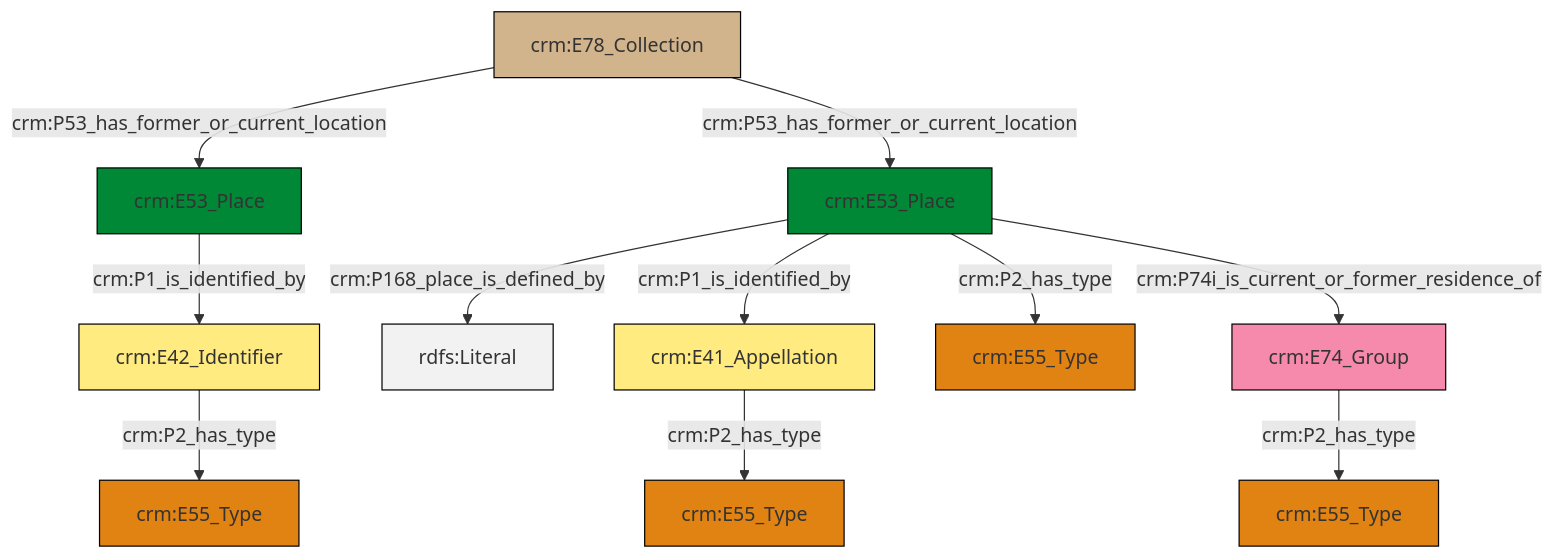
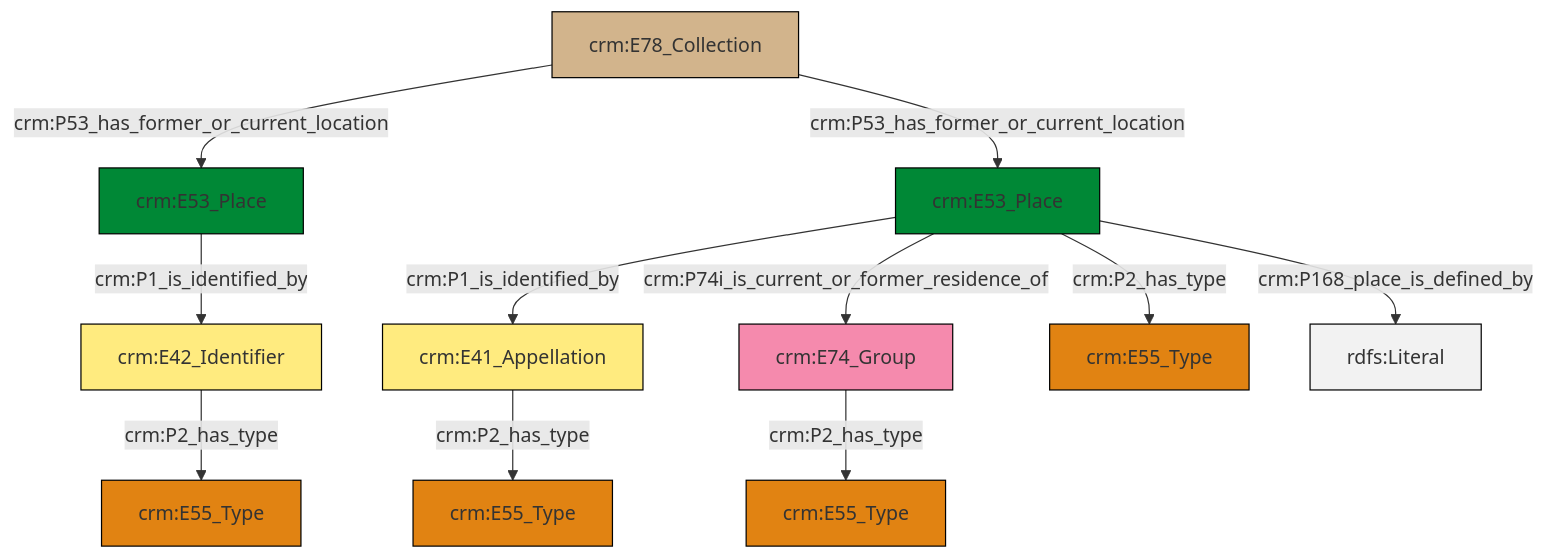
One commit to swiss-art-research-net/docs.swissartresearch changed the diagram in et/archivalCSV/ttl/mmd/archival_location.ttl.mmd. Above: the diagram before and after it, drawn with Mermaid. The commit also changed 180 other files, not shown here.

```diff
--- a/et/archivalCSV/ttl/mmd/archival_location.ttl.mmd
+++ b/et/archivalCSV/ttl/mmd/archival_location.ttl.mmd
@@ -1,25 +1,25 @@
 graph TD
 classDef Literal fill:#f2f2f2,stroke:#000000;
 classDef CRM_Entity fill:#FFFFFF,stroke:#000000;
 classDef Temporal_Entity fill:#00C9E6, stroke:#000000;
 classDef Type fill:#E18312, stroke:#000000;
 classDef Time-Span fill:#2C9C91, stroke:#000000;
 classDef Appellation fill:#FFEB7F, stroke:#000000;
 classDef Place fill:#008836, stroke:#000000;
 classDef Persistent_Item fill:#B266B2, stroke:#000000;
 classDef Conceptual_Object fill:#FFD700, stroke:#000000;
 classDef Physical_Thing fill:#D2B48C, stroke:#000000;
 classDef Actor fill:#f58aad, stroke:#000000;
 classDef PC_Classes fill:#4ce600, stroke:#000000;
 classDef Multi fill:#cccccc,stroke:#000000;
 
-0["crm:E78_Collection"]:::Physical_Thing -->|crm:P53_has_former_or_current_location| 1["crm:E53_Place"]:::Place
-2["crm:E53_Place"]:::Place -->|crm:P168_place_is_defined_by| 3[rdfs:Literal]:::Literal
-2["crm:E53_Place"]:::Place -->|crm:P1_is_identified_by| 5["crm:E41_Appellation"]:::Appellation
-17["crm:E42_Identifier"]:::Appellation -->|crm:P2_has_type| 11["crm:E55_Type"]:::Type
-5["crm:E41_Appellation"]:::Appellation -->|crm:P2_has_type| 7["crm:E55_Type"]:::Type
-19["crm:E74_Group"]:::Actor -->|crm:P2_has_type| 9["crm:E55_Type"]:::Type
-0["crm:E78_Collection"]:::Physical_Thing -->|crm:P53_has_former_or_current_location| 2["crm:E53_Place"]:::Place
-2["crm:E53_Place"]:::Place -->|crm:P2_has_type| 15["crm:E55_Type"]:::Type
-1["crm:E53_Place"]:::Place -->|crm:P1_is_identified_by| 17["crm:E42_Identifier"]:::Appellation
-2["crm:E53_Place"]:::Place -->|crm:P74i_is_current_or_former_residence_of| 19["crm:E74_Group"]:::Actor
+2["crm:E78_Collection"]:::Physical_Thing -->|crm:P53_has_former_or_current_location| 3["crm:E53_Place"]:::Place
+3["crm:E53_Place"]:::Place -->|crm:P1_is_identified_by| 6["crm:E42_Identifier"]:::Appellation
+7["crm:E74_Group"]:::Actor -->|crm:P2_has_type| 10["crm:E55_Type"]:::Type
+0["crm:E53_Place"]:::Place -->|crm:P1_is_identified_by| 4["crm:E41_Appellation"]:::Appellation
+4["crm:E41_Appellation"]:::Appellation -->|crm:P2_has_type| 11["crm:E55_Type"]:::Type
+0["crm:E53_Place"]:::Place -->|crm:P74i_is_current_or_former_residence_of| 7["crm:E74_Group"]:::Actor
+0["crm:E53_Place"]:::Place -->|crm:P2_has_type| 12["crm:E55_Type"]:::Type
+2["crm:E78_Collection"]:::Physical_Thing -->|crm:P53_has_former_or_current_location| 0["crm:E53_Place"]:::Place
+6["crm:E42_Identifier"]:::Appellation -->|crm:P2_has_type| 17["crm:E55_Type"]:::Type
+0["crm:E53_Place"]:::Place -->|crm:P168_place_is_defined_by| 19[rdfs:Literal]:::Literal
```
